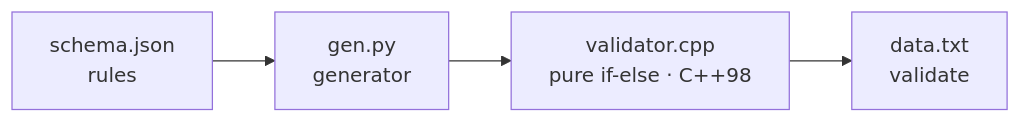
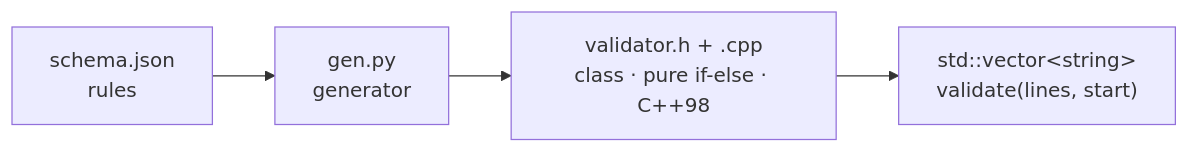
One commit to haotheacgm/schema2validator changed the first of 2 diagrams in README.md. Above: the diagram before and after it, drawn with Mermaid. The commit also changed other lines of this file and 3 other files, not shown here.

````diff
--- a/README.md
+++ b/README.md
@@ -24,6 +24,6 @@
 ```mermaid
 flowchart LR
     A["schema.json<br/>rules"] --> B["gen.py<br/>generator"]
-    B --> C["validator.cpp<br/>pure if-else · C++98"]
-    C --> D["data.txt<br/>validate"]
+    B --> C["validator.h + .cpp<br/>class · pure if-else · C++98"]
+    C --> D["std::vector&lt;string&gt;<br/>validate(lines, start)"]
 ```
````
